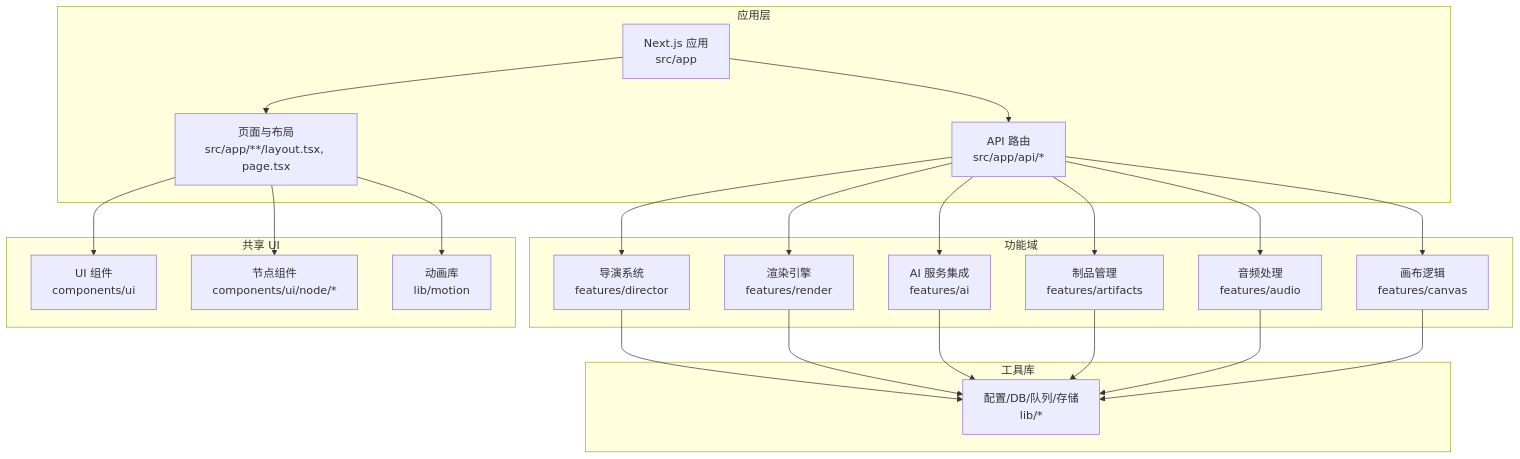
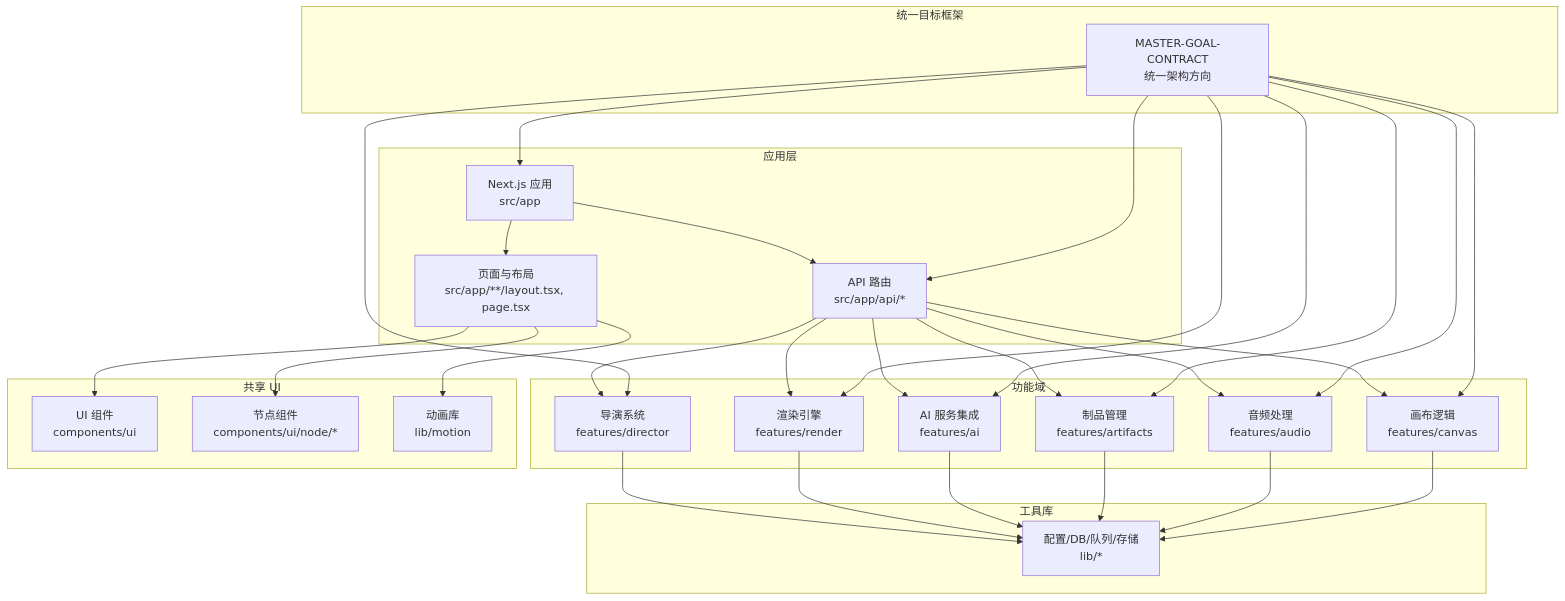
One commit to AIMFllyYS/code-video-canvas changed the first of 12 diagrams in .qoder/repowiki/zh/content/架构设计/架构设计.md. Above: the diagram before and after it, drawn with Mermaid. The commit also changed other lines of this file and 44 other files, not shown here.

````diff
--- a/.qoder/repowiki/zh/content/架构设计/架构设计.md
+++ b/.qoder/repowiki/zh/content/架构设计/架构设计.md
@@ -115,41 +116,52 @@
 ```mermaid
 graph TB
 subgraph "应用层"
 A["Next.js 应用<br/>src/app"]
 B["API 路由<br/>src/app/api/*"]
 C["页面与布局<br/>src/app/**/layout.tsx, page.tsx"]
 end
 subgraph "功能域"
 D["导演系统<br/>features/director"]
 E["渲染引擎<br/>features/render"]
 F["AI 服务集成<br/>features/ai"]
 G["制品管理<br/>features/artifacts"]
 H["音频处理<br/>features/audio"]
 I["画布逻辑<br/>features/canvas"]
 end
 subgraph "共享 UI"
 J["UI 组件<br/>components/ui"]
 K["节点组件<br/>components/ui/node/*"]
 L["动画库<br/>lib/motion"]
 end
 subgraph "工具库"
 M["配置/DB/队列/存储<br/>lib/*"]
 end
+subgraph "统一目标框架"
+N["MASTER-GOAL-CONTRACT<br/>统一架构方向"]
+end
 A --> B
 A --> C
 B --> D
 B --> E
 B --> F
 B --> G
 B --> H
 B --> I
 C --> J
 C --> K
 C --> L
 D --> M
 E --> M
 F --> M
 G --> M
 H --> M
 I --> M
+N --> A
+N --> B
+N --> D
+N --> E
+N --> F
+N --> G
+N --> H
+N --> I
 ```
````
